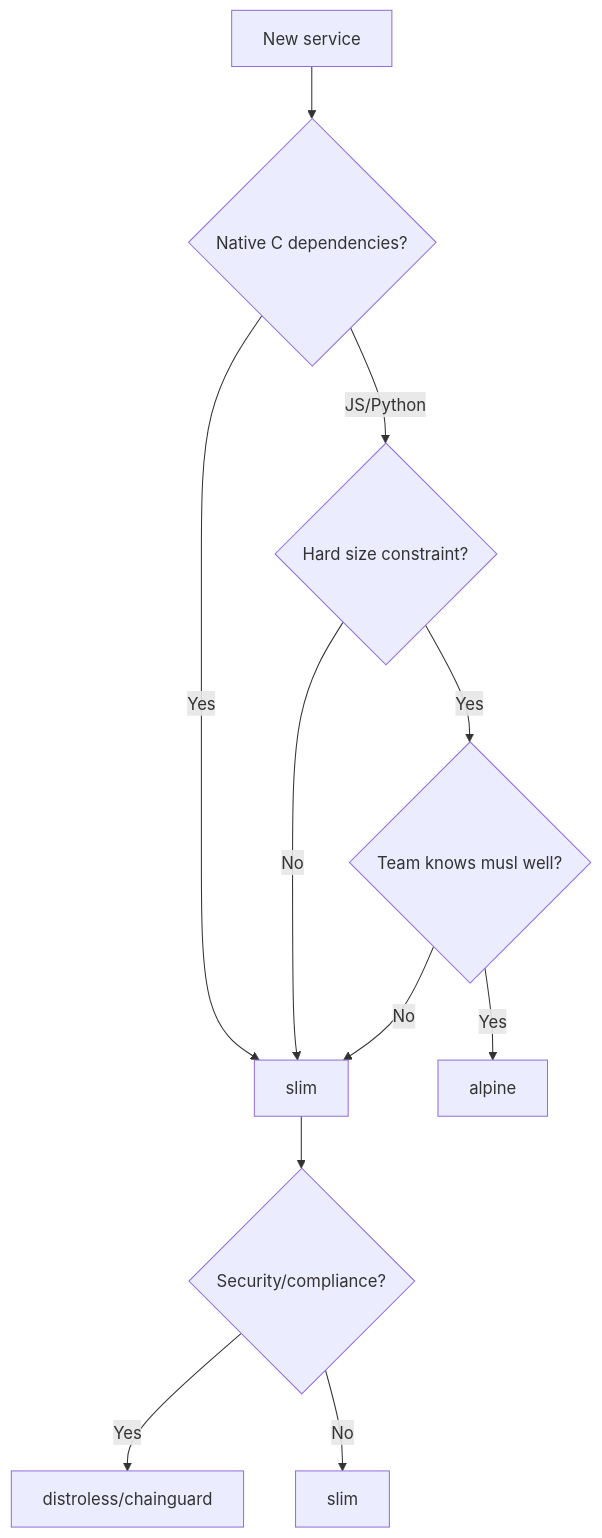
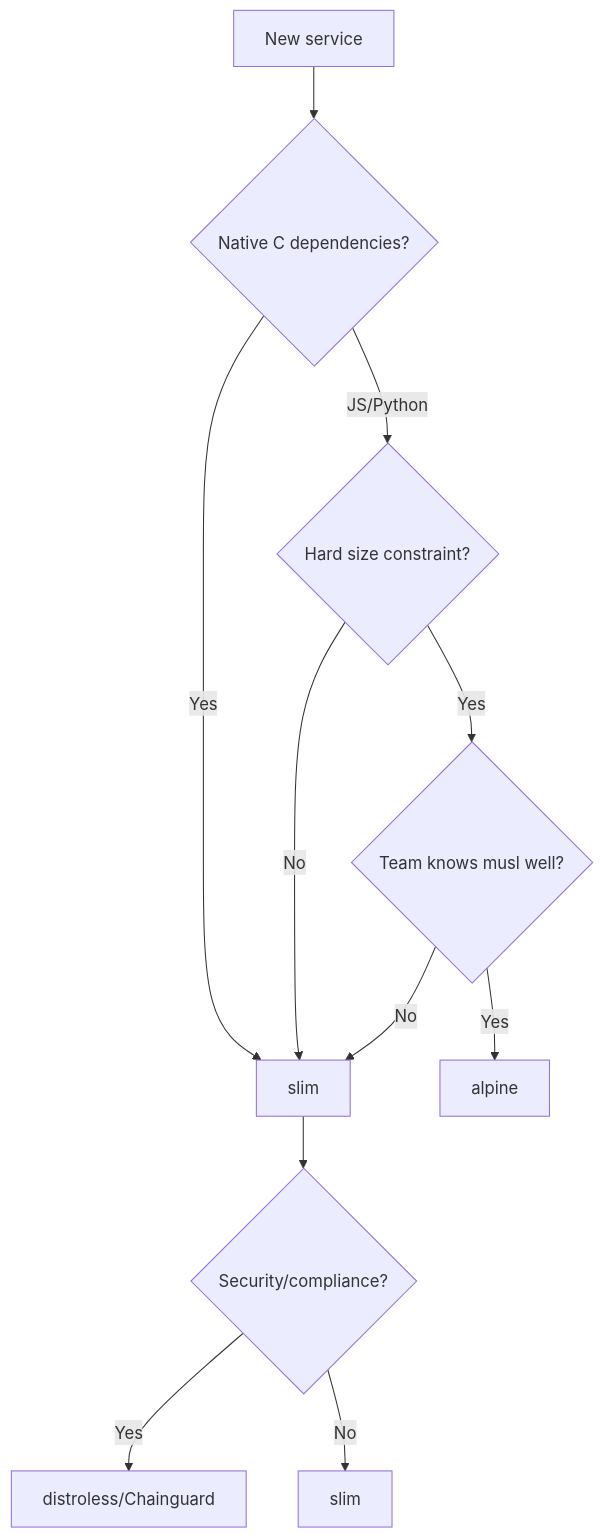
One commit to denis23x/denis-iakimenko changed the third of 3 diagrams in src/data/blog/_2026/docker-base-image-types.md. Above: the diagram before and after it, drawn with Mermaid. The commit also changed other lines of this file, not shown here.

Commit message:
Refine Docker base images blog post: update description for clarity, enhance readability of the comparison table, and correct formatting for Chainguard Wolfi. Improve section headings for consistency.

````diff
--- a/src/data/blog/_2026/docker-base-image-types.md
+++ b/src/data/blog/_2026/docker-base-image-types.md
@@ -219,13 +219,13 @@
 ```mermaid
 flowchart TD
     A[New service] --> B{Native C dependencies?}
     B -->|Yes| C[slim]
     B -->|JS/Python| D{Hard size constraint?}
     D -->|No| C
     D -->|Yes| E{Team knows musl well?}
     E -->|Yes| F[alpine]
     E -->|No| C
     C --> G{Security/compliance?}
-    G -->|Yes| H[distroless/chainguard]
+    G -->|Yes| H[distroless/Chainguard]
     G -->|No| I[slim]
 ```
````
